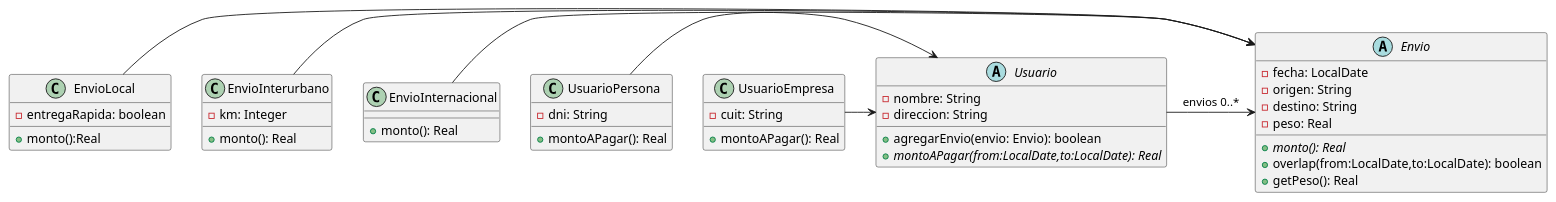
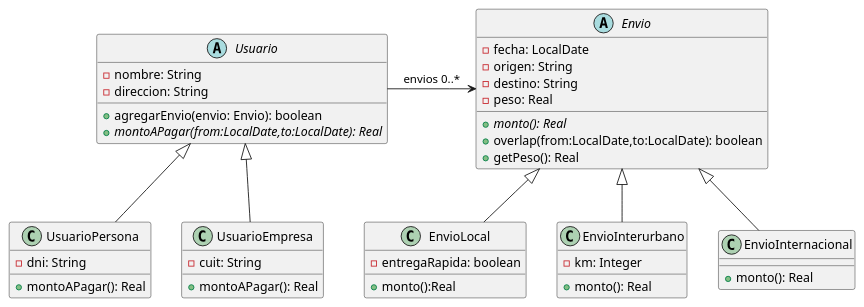
Before and after one commit to Francogrch/OO1-2024: the diagram in eclipse/OO1-2024/src/main/java/ar/edu/unlp/oo1/ejercicio19/uml_19.puml, drawn with PlantUML. The commit also changed 12 other files, not shown here.

```diff
--- a/eclipse/OO1-2024/src/main/java/ar/edu/unlp/oo1/ejercicio19/uml_19.puml
+++ b/eclipse/OO1-2024/src/main/java/ar/edu/unlp/oo1/ejercicio19/uml_19.puml
@@ -1,44 +1,39 @@
 abstract Usuario {
 - nombre: String
 - direccion: String
 + agregarEnvio(envio: Envio): boolean
 + {abstract} montoAPagar(from:LocalDate,to:LocalDate): Real
 }
 Usuario -> Envio : envios 0..*
 
 
-class UsuarioPersona{
+class UsuarioPersona extends Usuario{
 - dni: String
 + montoAPagar(): Real
 }
-UsuarioPersona -> Usuario
 
-class UsuarioEmpresa{
+class UsuarioEmpresa extends Usuario{
 - cuit: String
 + montoAPagar(): Real
 }
-UsuarioEmpresa -> Usuario
 
 abstract Envio{
 - fecha: LocalDate
 - origen: String
 - destino: String
 - peso: Real
 +{abstract} monto(): Real
 +overlap(from:LocalDate,to:LocalDate): boolean 
 +getPeso(): Real 
 }
-class EnvioLocal{
+class EnvioLocal extends Envio{
 - entregaRapida: boolean
 +monto():Real
 }
-EnvioLocal -> Envio
-class EnvioInterurbano{
+class EnvioInterurbano extends Envio{
 -km: Integer
 + monto(): Real
 }
-EnvioInterurbano -> Envio
-class EnvioInternacional{
+class EnvioInternacional extends Envio{
 +monto(): Real
 }
-EnvioInternacional -> Envio
```
